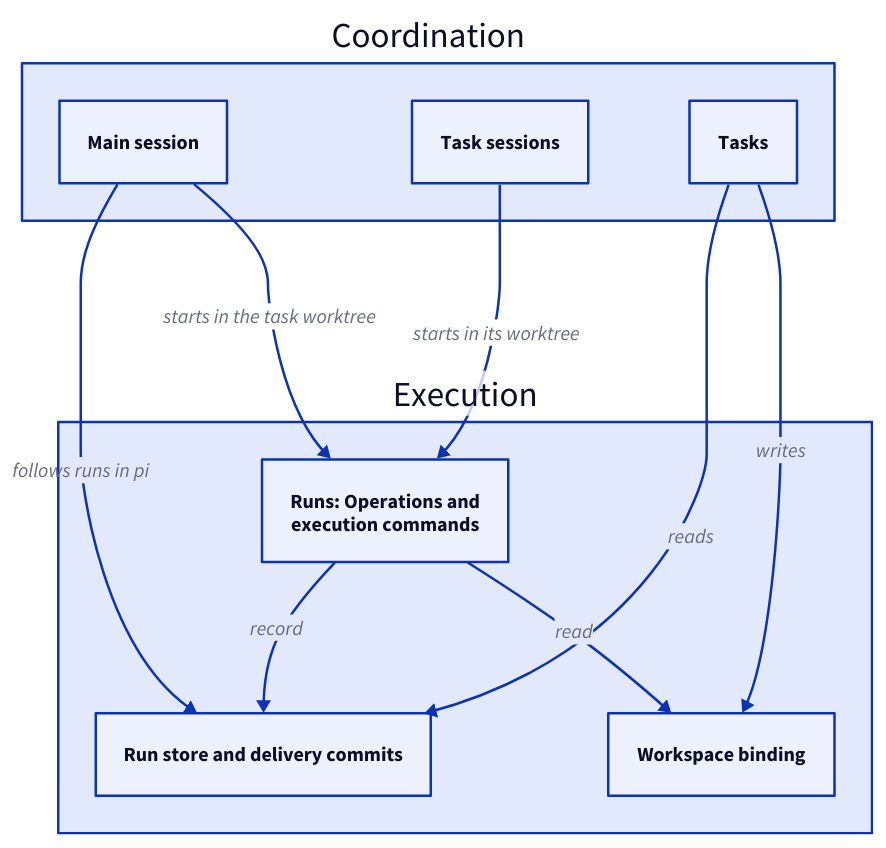
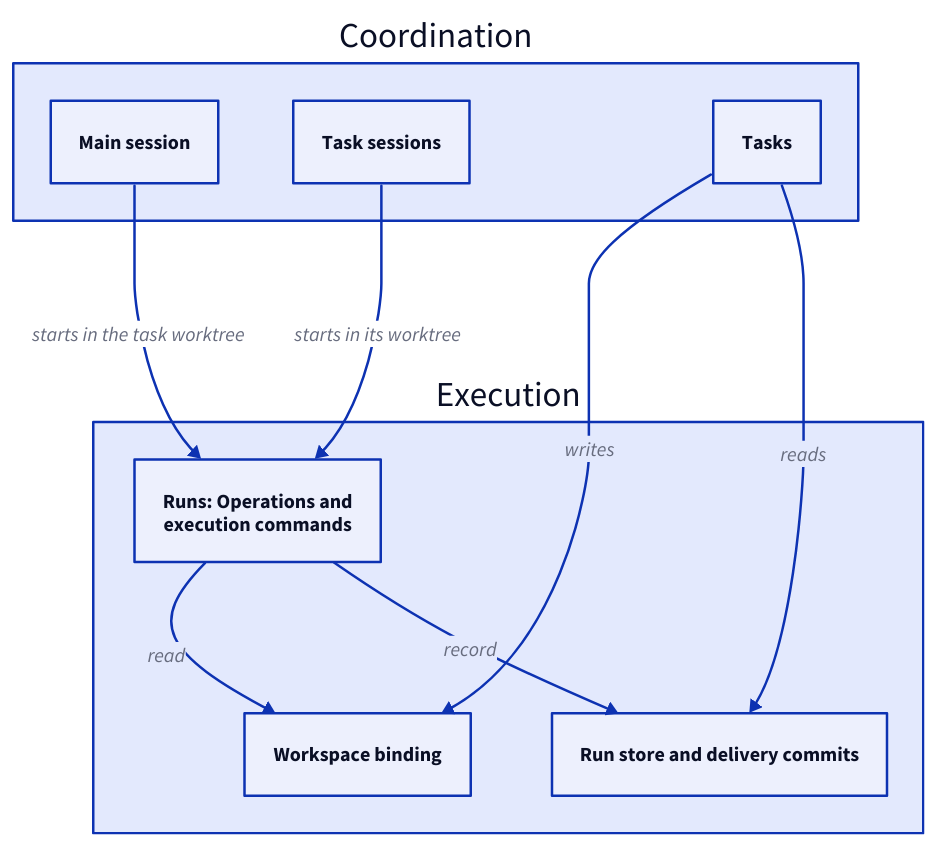
One commit to FTOD/concorde changed the third of 6 diagrams in specs/concorde/module.md. Above: the diagram before and after it, drawn with D2. The commit also changed other lines of this file and 92 other files, not shown here.

````diff
--- a/specs/concorde/module.md
+++ b/specs/concorde/module.md
@@ -220,19 +220,18 @@
 ```d2 illustrative
 coordination: Coordination {
   main: Main session
   task: Task sessions
   tasks: Tasks
 }
 execution: Execution {
   binding: Workspace binding
   runs: "Runs: Operations and\nexecution commands"
   store: Run store and delivery commits
 }
 coordination.tasks -> execution.binding: writes
 coordination.main -> execution.runs: starts in the task worktree
 coordination.task -> execution.runs: starts in its worktree
 execution.runs -> execution.binding: read
 execution.runs -> execution.store: record
 coordination.tasks -> execution.store: reads
-coordination.main -> execution.store: follows runs in pi
 ```
````
